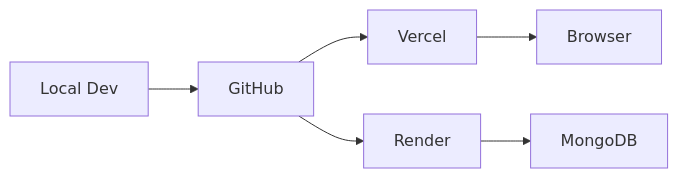
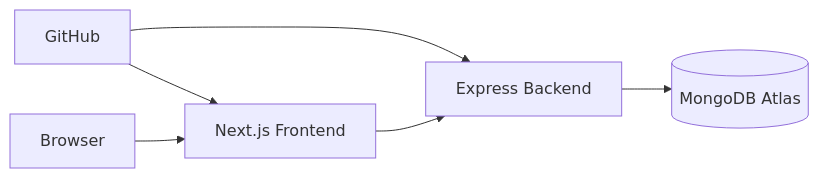
One commit to SRIXENO/Smart-performance-dashboard changed the first of 2 diagrams in DEPLOYMENT.md. Above: the diagram before and after it, drawn with Mermaid. The commit also changed other lines of this file and 3 other files, not shown here.

````diff
--- a/DEPLOYMENT.md
+++ b/DEPLOYMENT.md
@@ -87,8 +7,8 @@
 ```mermaid
 flowchart LR
-  Dev[Local Dev] --> GitHub
-  GitHub --> Vercel
-  GitHub --> Render
-  Render --> MongoDB
-  Vercel --> Browser
+  GitHub --> Vercel[Next.js Frontend]
+  GitHub --> Render[Express Backend]
+  Render --> Atlas[(MongoDB Atlas)]
+  Browser --> Vercel
+  Vercel --> Render
 ```
````
